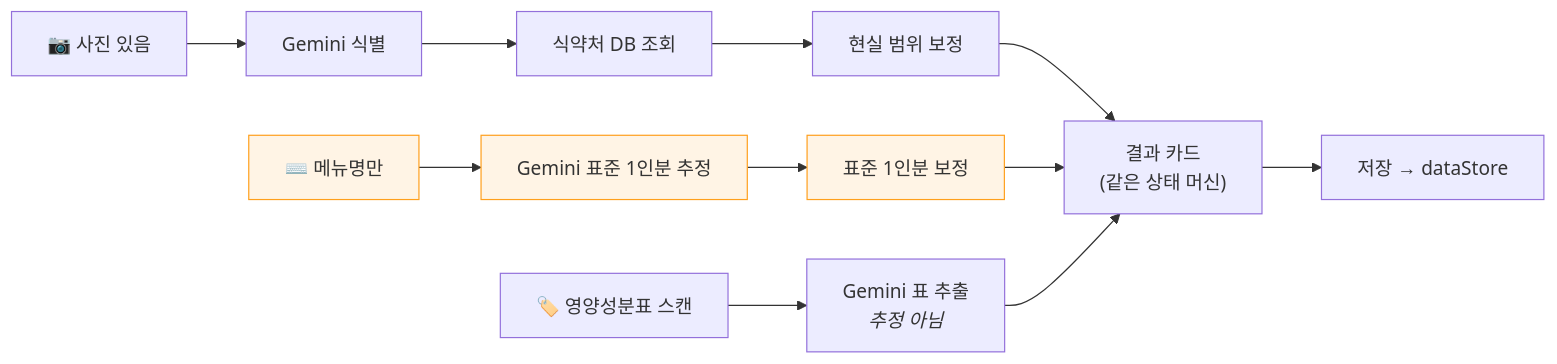
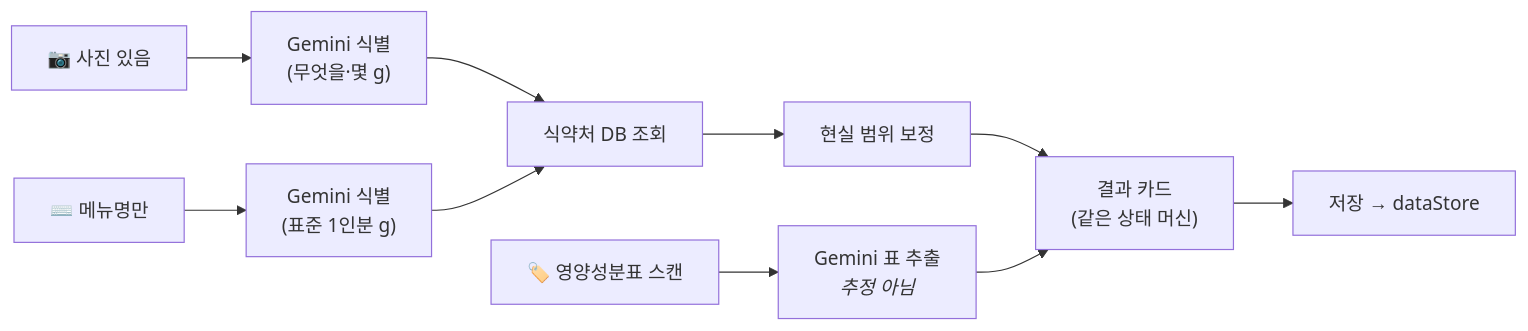
One commit to Mureung1/hub-showcase changed the fourth of 10 diagrams in docs/architecture.md. Above: the diagram before and after it, drawn with Mermaid. The commit also changed other lines of this file, not shown here.

Commit message:
docs: architecture 다이어그램을 텍스트 경로 DB 통일에 맞게 갱신 (발견 3번 해소 표시)

````diff
--- a/docs/architecture.md
+++ b/docs/architecture.md
@@ -152,11 +152,8 @@
 ```mermaid
 flowchart LR
-    photo["📷 사진 있음"] --> ai1["Gemini 식별"] --> db["식약처 DB 조회"] --> clamp["현실 범위 보정"] --> card
-    text["⌨️ 메뉴명만"] --> ai2["Gemini 표준 1인분 추정"] --> clamp2["표준 1인분 보정"] --> card
+    photo["📷 사진 있음"] --> ai1["Gemini 식별<br/>(무엇을·몇 g)"] --> db["식약처 DB 조회"] --> clamp["현실 범위 보정"] --> card
+    text["⌨️ 메뉴명만"] --> ai2["Gemini 식별<br/>(표준 1인분 g)"] --> db
     label["🏷️ 영양성분표 스캔"] --> ai3["Gemini 표 추출<br/><i>추정 아님</i>"] --> card
 
     card["결과 카드<br/>(같은 상태 머신)"] --> save["저장 → dataStore"]
-
-    classDef nodb fill:#FFF4E5,stroke:#FF9F1C
-    class text,ai2,clamp2 nodb
 ```
````
